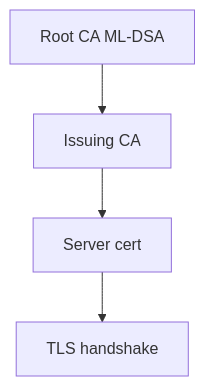
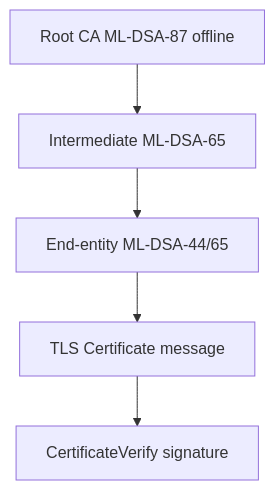
The second of 2 diagrams in manuscript/chapters/18-pqc-protocols.md (kalyogyogi-ui/Ai-check-), drawn with Mermaid before and after one commit. The commit also changed other lines of this file and 31 other files, not shown here.

First line of the commit message:
Fix figure placement: in-section after intro text, repair corrupted headings

````diff
--- a/manuscript/chapters/18-pqc-protocols.md
+++ b/manuscript/chapters/18-pqc-protocols.md
@@ -154,6 +159,7 @@
 ```mermaid
 flowchart TB
-  Root[Root CA ML-DSA] --> ICA[Issuing CA]
-  ICA --> Leaf[Server cert]
-  Leaf --> TLS[TLS handshake]
+  ROOT[Root CA ML-DSA-87 offline] --> INT[Intermediate ML-DSA-65]
+  INT --> EE[End-entity ML-DSA-44/65]
+  EE --> TLS[TLS Certificate message]
+  TLS --> CV[CertificateVerify signature]
 ```
````
